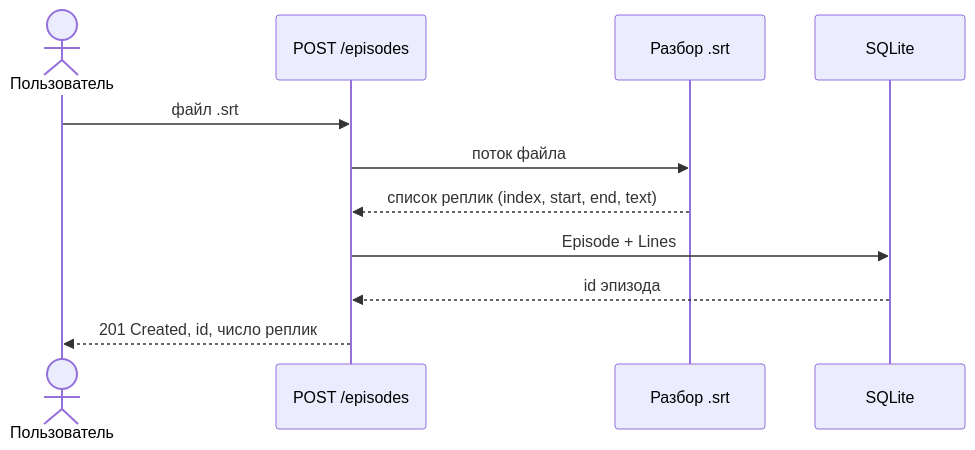
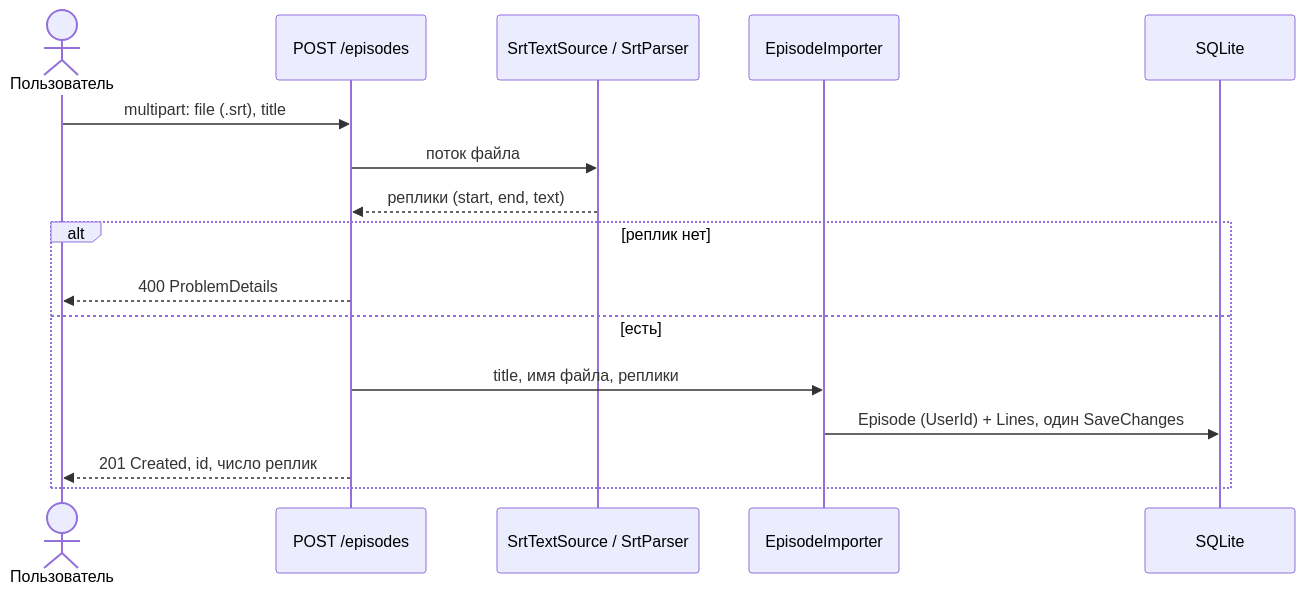
Before and after one commit to k0baboba/EasyLangApi: the fourth of 8 diagrams in docs/04-architecture.md, drawn with Mermaid. The commit also changed other lines of this file and 6 other files, not shown here.

````diff
--- a/docs/04-architecture.md
+++ b/docs/04-architecture.md
@@ -165,14 +228,19 @@
 ```mermaid
 sequenceDiagram
     actor U as Пользователь
     participant API as POST /episodes
-    participant P as Разбор .srt
+    participant P as SrtTextSource / SrtParser
+    participant I as EpisodeImporter
     participant DB as SQLite
 
-    U->>API: файл .srt
+    U->>API: multipart: file (.srt), title
     API->>P: поток файла
-    P-->>API: список реплик (index, start, end, text)
-    API->>DB: Episode + Lines
-    DB-->>API: id эпизода
-    API-->>U: 201 Created, id, число реплик
+    P-->>API: реплики (start, end, text)
+    alt реплик нет
+        API-->>U: 400 ProblemDetails
+    else есть
+        API->>I: title, имя файла, реплики
+        I->>DB: Episode (UserId) + Lines, один SaveChanges
+        API-->>U: 201 Created, id, число реплик
+    end
 ```
````
